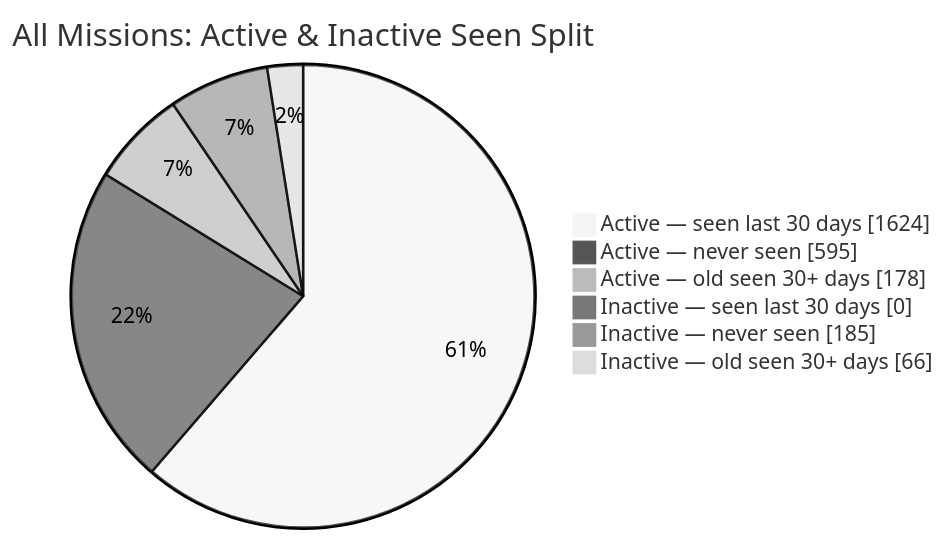
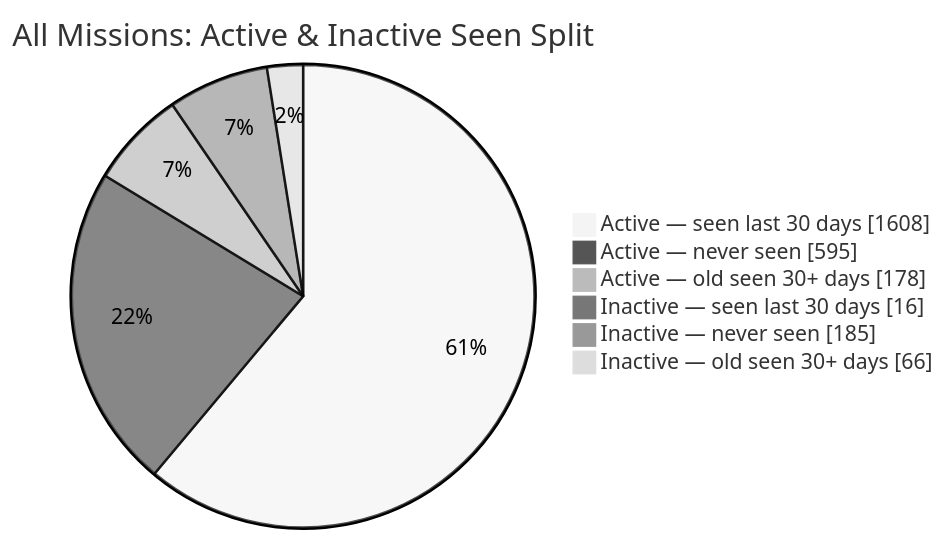
The second of 2 diagrams in README.md (MeldkamerspelGameTeam/active-missions), drawn with Mermaid (neutral theme) before and after one commit. The commit also changed other lines of this file and 7 other files, not shown here.

````diff
--- a/README.md
+++ b/README.md
@@ -44,10 +44,10 @@
 ```mermaid
 pie showData
     title All Missions: Active & Inactive Seen Split
-    "Active — seen last 30 days" : 1624
+    "Active — seen last 30 days" : 1608
     "Active — never seen" : 595
     "Active — old seen 30+ days" : 178
-    "Inactive — seen last 30 days" : 0
+    "Inactive — seen last 30 days" : 16
     "Inactive — never seen" : 185
     "Inactive — old seen 30+ days" : 66
 ```
````
